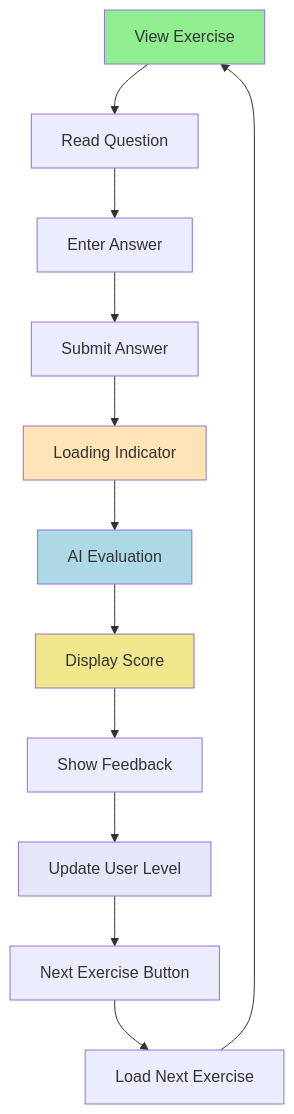
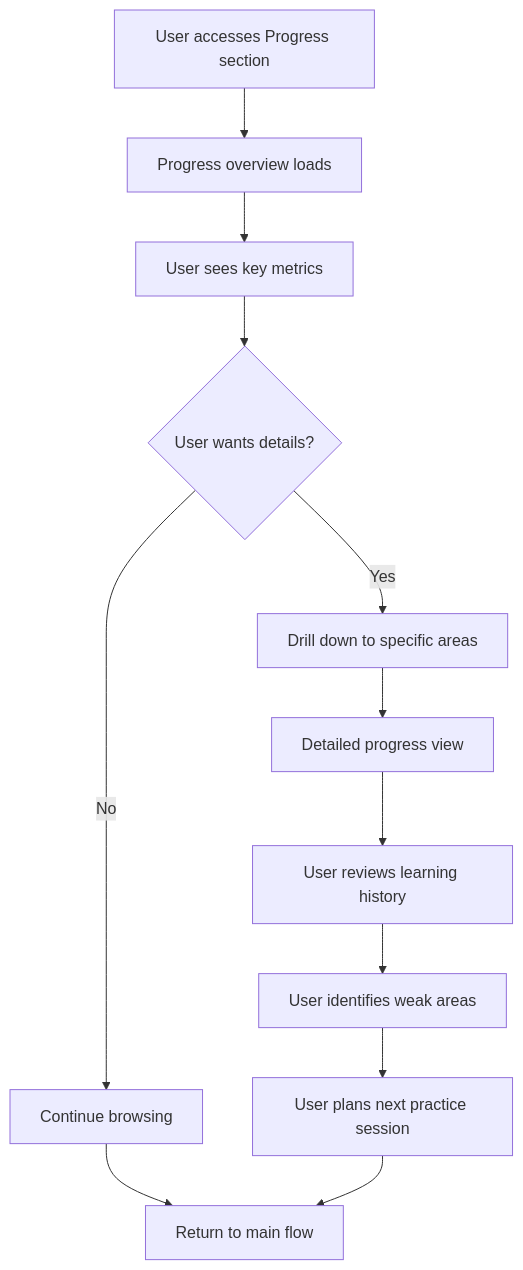
One commit to santistebanc/phraser changed the third of 4 diagrams in docs/front-end-spec.md. Above: the diagram before and after it, drawn with Mermaid. The commit also changed other lines of this file and 9 other files, not shown here.

````diff
--- a/docs/front-end-spec.md
+++ b/docs/front-end-spec.md
@@ -133,20 +125,14 @@
 ```mermaid
 graph TD
-    A[View Exercise] --> B[Read Question]
-    B --> C[Enter Answer]
-    C --> D[Submit Answer]
-    D --> E[Loading Indicator]
-    E --> F[AI Evaluation]
-    F --> G[Display Score]
-    G --> H[Show Feedback]
-    H --> I[Update User Level]
-    I --> J[Next Exercise Button]
-    J --> K[Load Next Exercise]
-    K --> A
-    
-    style A fill:#90EE90
-    style E fill:#FFE4B5
-    style F fill:#ADD8E6
-    style G fill:#F0E68C
-    style I fill:#E6E6FA
+    A[User accesses Progress section] --> B[Progress overview loads]
+    B --> C[User sees key metrics]
+    C --> D{User wants details?}
+    D -->|Yes| E[Drill down to specific areas]
+    D -->|No| F[Continue browsing]
+    E --> G[Detailed progress view]
+    G --> H[User reviews learning history]
+    H --> I[User identifies weak areas]
+    I --> J[User plans next practice session]
+    F --> K[Return to main flow]
+    J --> K
 ```
````
